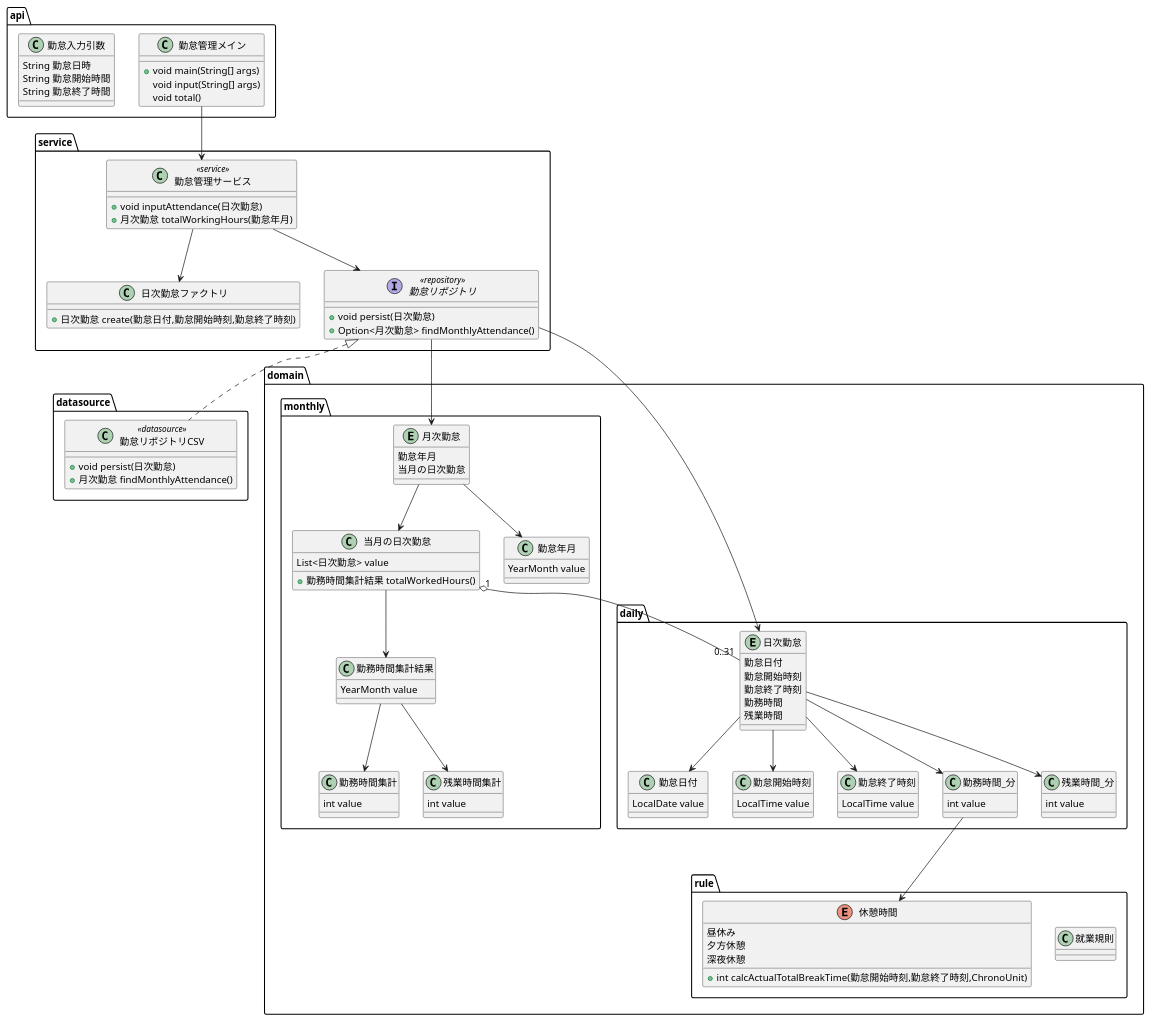
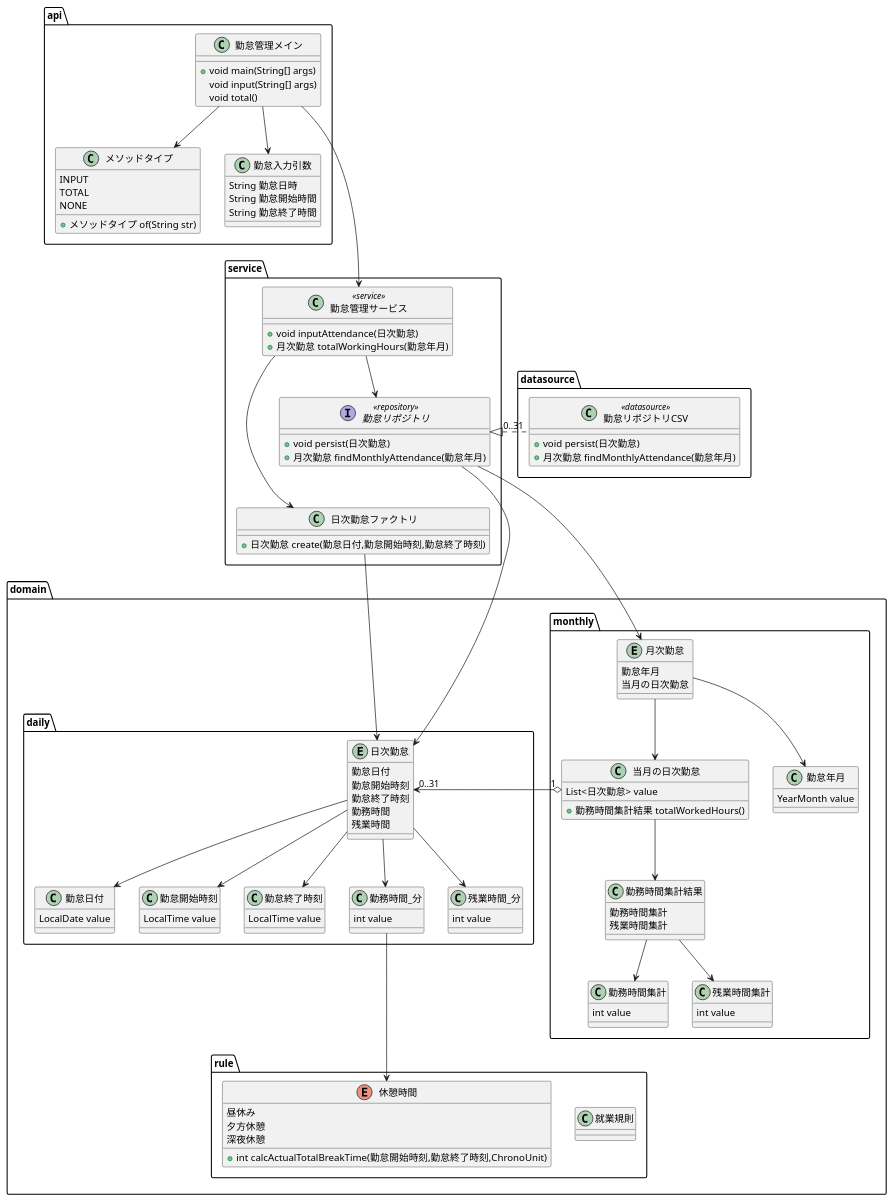
One commit to biglobe-isp/kintai changed the diagram in apps/kintai/etc/design/model.puml. Above: the diagram before and after it, drawn with PlantUML. The commit also changed 1 other file, not shown here.

Commit message:
docs: ドメインモデル図を修正
勤怠リポジトリ:Optionalを使わなくした
勤務時間集計結果:メンバ編集を修正
図の配置を修正
不足していた定義を追加

```diff
--- a/apps/kintai/etc/design/model.puml
+++ b/apps/kintai/etc/design/model.puml
@@ -1,131 +1,145 @@
 @startuml 勤怠管理
 
 package datasource {
     class 勤怠リポジトリCSV << datasource >> {
         +void persist(日次勤怠)
-        +月次勤怠 findMonthlyAttendance()
+        +月次勤怠 findMonthlyAttendance(勤怠年月)
     }
 }
 
 package domain {
     package rule {
-        class 就業規則 {
-           
+        class 就業規則 {           
         }
 
         enum 休憩時間 {
             昼休み
             夕方休憩
             深夜休憩
             +int calcActualTotalBreakTime(勤怠開始時刻,勤怠終了時刻,ChronoUnit)
         }
     }
 
     package monthly {
         entity 月次勤怠 {
             勤怠年月
             当月の日次勤怠
         }
 
         class 当月の日次勤怠 {
             List<日次勤怠> value
             +勤務時間集計結果 totalWorkedHours()
         }
 
         class 勤怠年月 {
             YearMonth value        
         }
 
         class 勤務時間集計結果 {
-            YearMonth value        
+            勤務時間集計
+            残業時間集計
         }
 
         class 勤務時間集計 {
             int value        
         }
 
         class 残業時間集計 {
             int value        
         }
         
         当月の日次勤怠-->勤務時間集計結果
         勤務時間集計結果-->勤務時間集計
         勤務時間集計結果-->残業時間集計
     }
 
     package daily {
         entity 日次勤怠 {
             勤怠日付
             勤怠開始時刻
             勤怠終了時刻
             勤務時間
             残業時間
         }
         
         class 勤怠日付 {
             LocalDate value        
         }
 
         class 勤怠開始時刻 {
             LocalTime value        
         }
 
         class 勤怠終了時刻 {
             LocalTime value        
         }
 
         class 勤務時間_分 {
             int value         
         }
 
         class 残業時間_分 {
             int value
         }
     }
     
     月次勤怠-->勤怠年月
     月次勤怠-->当月の日次勤怠
-    当月の日次勤怠  "1" o-- "0..31" 日次勤怠
+
+    当月の日次勤怠  "1" o-> "0..31" 日次勤怠
     日次勤怠-->勤怠日付
     日次勤怠-->勤怠開始時刻
     日次勤怠-->勤怠終了時刻
     日次勤怠-->勤務時間_分
     日次勤怠-->残業時間_分
     勤務時間_分--->休憩時間
 }
 
 package service {
     class 勤怠管理サービス << service >> {
         +void inputAttendance(日次勤怠)
         +月次勤怠 totalWorkingHours(勤怠年月)
     }
     class 日次勤怠ファクトリ {
         +日次勤怠 create(勤怠日付,勤怠開始時刻,勤怠終了時刻)
     }
     interface 勤怠リポジトリ << repository >> {
         +void persist(日次勤怠)
-        +Option<月次勤怠> findMonthlyAttendance()
+        +月次勤怠 findMonthlyAttendance(勤怠年月)
     }
-    勤怠管理サービス-->日次勤怠ファクトリ
+    勤怠管理サービス--->日次勤怠ファクトリ
+    日次勤怠ファクトリ-->日次勤怠
     勤怠管理サービス-->勤怠リポジトリ
-    勤怠リポジトリ-->月次勤怠
-    勤怠リポジトリ-->日次勤怠
-    勤怠リポジトリ<|.. 勤怠リポジトリCSV
+    勤怠リポジトリ<|."0..31" 勤怠リポジトリCSV
+
+
+    勤怠リポジトリ--->月次勤怠
+    勤怠リポジトリ--->日次勤怠
+
 }
 
 package api {
     class 勤怠管理メイン {
         +void main(String[] args)
         void input(String[] args)
         void total()
     }
 
+    class メソッドタイプ {
+        INPUT
+        TOTAL
+        NONE
+        +メソッドタイプ of(String str)
+    }
+    
     class 勤怠入力引数 {
         String 勤怠日時
         String 勤怠開始時間
         String 勤怠終了時間
     }
 
-    勤怠管理メイン-->勤怠管理サービス
+    勤怠管理メイン--->勤怠管理サービス
+    勤怠管理メイン-->メソッドタイプ
+    勤怠管理メイン-->勤怠入力引数
 }
 @enduml
```
